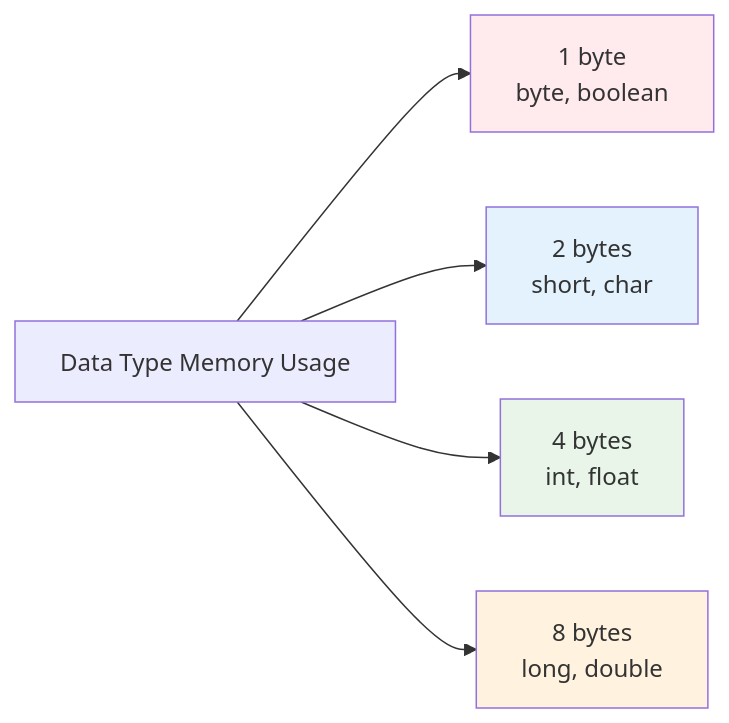
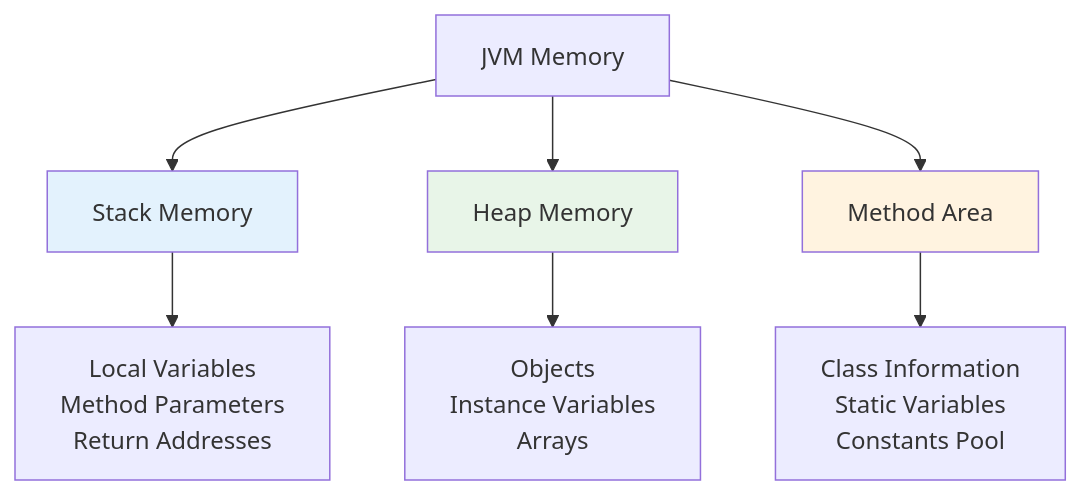
Before and after one commit to milavdabgar/studio: the second of 3 diagrams in slidev/lecture-04-data-types-and-variables.md, drawn with Mermaid. The commit also changed other lines of this file and 4 other files, not shown here.

````diff
--- a/slidev/lecture-04-data-types-and-variables.md
+++ b/slidev/lecture-04-data-types-and-variables.md
@@ -831,12 +1170,14 @@
 ```mermaid
-graph LR
-    A[Data Type Memory Usage] --> B[1 byte<br/>byte, boolean]
-    A --> C[2 bytes<br/>short, char]
-    A --> D[4 bytes<br/>int, float]
-    A --> E[8 bytes<br/>long, double]
+graph TD
+    A[JVM Memory] --> B[Stack Memory]
+    A --> C[Heap Memory]
+    A --> D[Method Area]
     
-    style B fill:#ffebee
-    style C fill:#e3f2fd
-    style D fill:#e8f5e8
-    style E fill:#fff3e0
+    B --> E[Local Variables<br/>Method Parameters<br/>Return Addresses]
+    C --> F[Objects<br/>Instance Variables<br/>Arrays]
+    D --> G[Class Information<br/>Static Variables<br/>Constants Pool]
+    
+    style B fill:#e3f2fd
+    style C fill:#e8f5e8
+    style D fill:#fff3e0
 ```
````
